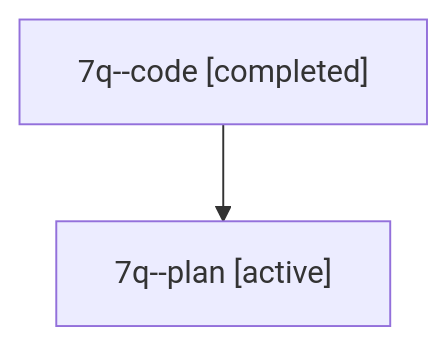
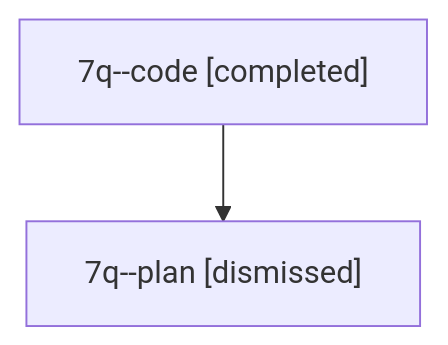
The diagram in sessions/bbugyi200.athena.7q.md (sase-org/sase--agents), drawn with Mermaid before and after one commit. The commit also changed other lines of this file and 31 other files, not shown here.

````diff
--- a/sessions/bbugyi200.athena.7q.md
+++ b/sessions/bbugyi200.athena.7q.md
@@ -9,6 +9,6 @@
 ```mermaid
 flowchart TD
   n0["7q--code [completed]"]
-  n1["7q--plan [active]"]
+  n1["7q--plan [dismissed]"]
   n0 --> n1
 ```
````
